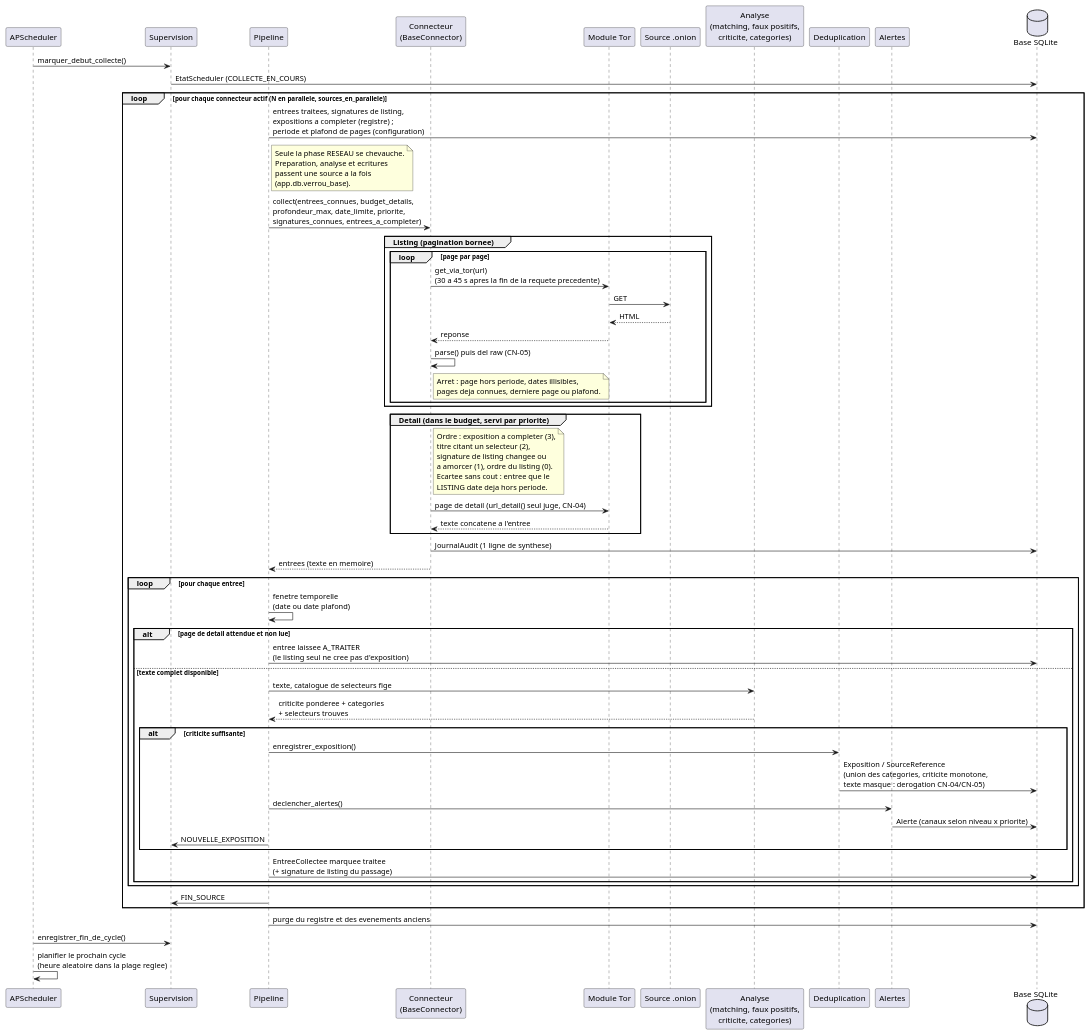
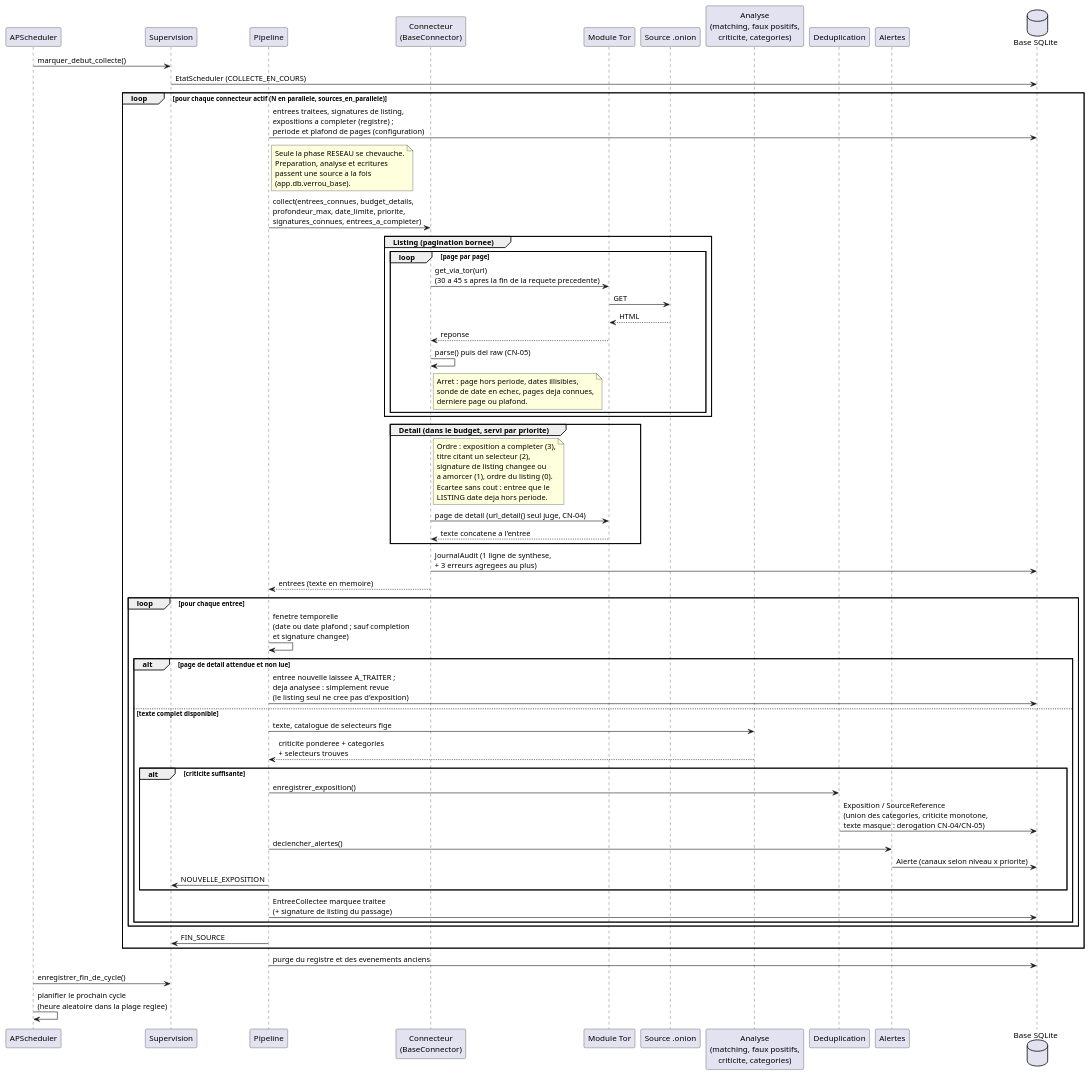
The diagram in docs/uml/sequence_collecte.puml (vnyay1/dark-web-monitoring), drawn with PlantUML before and after one commit. The commit also changed 12 other files, not shown here.

```diff
--- a/docs/uml/sequence_collecte.puml
+++ b/docs/uml/sequence_collecte.puml
@@ -1,83 +1,84 @@
 @startuml Sequence_Collecte
 
 ' Un cycle de collecte quotidien (app/scheduler.py -> app/pipeline.py).
 
 participant "APScheduler" as Scheduler
 participant "Supervision" as Supervision
 participant "Pipeline" as Pipeline
 participant "Connecteur\n(BaseConnector)" as Connecteur
 participant "Module Tor" as Tor
 participant "Source .onion" as Source
 participant "Analyse\n(matching, faux positifs,\ncriticite, categories)" as Analyse
 participant "Deduplication" as Dedup
 participant "Alertes" as Alertes
 database "Base SQLite" as DB
 
 Scheduler -> Supervision : marquer_debut_collecte()
 Supervision -> DB : EtatScheduler (COLLECTE_EN_COURS)
 
 loop pour chaque connecteur actif (N en parallele, sources_en_parallele)
   Pipeline -> DB : entrees traitees, signatures de listing,\nexpositions a completer (registre) ;\nperiode et plafond de pages (configuration)
   note right of Pipeline
     Seule la phase RESEAU se chevauche.
     Preparation, analyse et ecritures
     passent une source a la fois
     (app.db.verrou_base).
   end note
   Pipeline -> Connecteur : collect(entrees_connues, budget_details,\nprofondeur_max, date_limite, priorite,\nsignatures_connues, entrees_a_completer)
 
   group Listing (pagination bornee)
     loop page par page
       Connecteur -> Tor : get_via_tor(url)\n(30 a 45 s apres la fin de la requete precedente)
       Tor -> Source : GET
       Source --> Tor : HTML
       Tor --> Connecteur : reponse
       Connecteur -> Connecteur : parse() puis del raw (CN-05)
       note right of Connecteur
         Arret : page hors periode, dates illisibles,
-        pages deja connues, derniere page ou plafond.
+        sonde de date en echec, pages deja connues,
+        derniere page ou plafond.
       end note
     end
   end
 
   group Detail (dans le budget, servi par priorite)
     note right of Connecteur
       Ordre : exposition a completer (3),
       titre citant un selecteur (2),
       signature de listing changee ou
       a amorcer (1), ordre du listing (0).
       Ecartee sans cout : entree que le
       LISTING date deja hors periode.
     end note
     Connecteur -> Tor : page de detail (url_detail() seul juge, CN-04)
     Tor --> Connecteur : texte concatene a l'entree
   end
 
-  Connecteur -> DB : JournalAudit (1 ligne de synthese)
+  Connecteur -> DB : JournalAudit (1 ligne de synthese,\n+ 3 erreurs agregees au plus)
   Connecteur --> Pipeline : entrees (texte en memoire)
 
   loop pour chaque entree
-    Pipeline -> Pipeline : fenetre temporelle\n(date ou date plafond)
+    Pipeline -> Pipeline : fenetre temporelle\n(date ou date plafond ; sauf completion\net signature changee)
     alt page de detail attendue et non lue
-      Pipeline -> DB : entree laissee A_TRAITER\n(le listing seul ne cree pas d'exposition)
+      Pipeline -> DB : entree nouvelle laissee A_TRAITER ;\ndeja analysee : simplement revue\n(le listing seul ne cree pas d'exposition)
     else texte complet disponible
       Pipeline -> Analyse : texte, catalogue de selecteurs fige
       Analyse --> Pipeline : criticite ponderee + categories\n+ selecteurs trouves
       alt criticite suffisante
         Pipeline -> Dedup : enregistrer_exposition()
         Dedup -> DB : Exposition / SourceReference\n(union des categories, criticite monotone,\ntexte masque : derogation CN-04/CN-05)
         Pipeline -> Alertes : declencher_alertes()
         Alertes -> DB : Alerte (canaux selon niveau x priorite)
         Pipeline -> Supervision : NOUVELLE_EXPOSITION
       end
       Pipeline -> DB : EntreeCollectee marquee traitee\n(+ signature de listing du passage)
     end
   end
   Pipeline -> Supervision : FIN_SOURCE
 end
 
 Pipeline -> DB : purge du registre et des evenements anciens
 Scheduler -> Supervision : enregistrer_fin_de_cycle()
 Scheduler -> Scheduler : planifier le prochain cycle\n(heure aleatoire dans la plage reglee)
 
 @enduml
```
